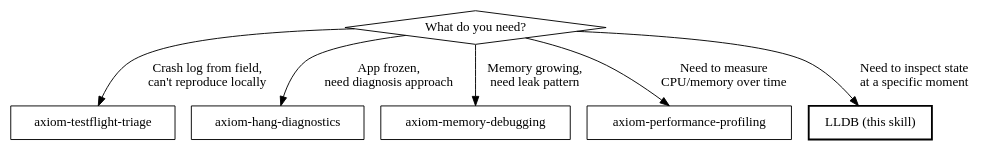
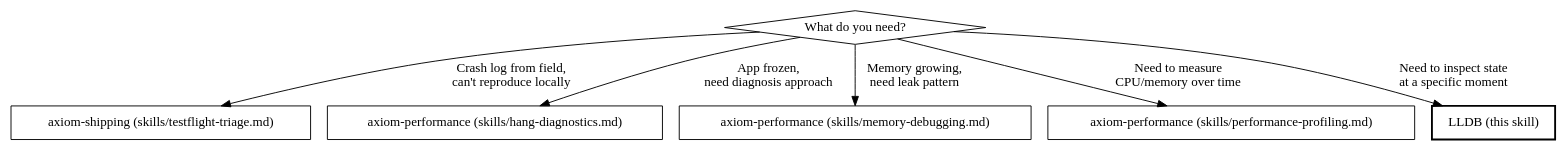
The diagram in .claude-plugin/plugins/axiom/skills/axiom-build/skills/lldb.md (CharlesWiltgen/Axiom), drawn with Graphviz before and after one commit. The commit also changed other lines of this file and 73 other files, not shown here.

````diff
--- a/.claude-plugin/plugins/axiom/skills/axiom-build/skills/lldb.md
+++ b/.claude-plugin/plugins/axiom/skills/axiom-build/skills/lldb.md
@@ -27,17 +27,17 @@
 ```dot
 digraph tool_selection {
     "What do you need?" [shape=diamond];
 
-    "axiom-testflight-triage" [shape=box];
-    "axiom-hang-diagnostics" [shape=box];
-    "axiom-memory-debugging" [shape=box];
-    "axiom-performance-profiling" [shape=box];
+    "axiom-shipping (skills/testflight-triage.md)" [shape=box];
+    "axiom-performance (skills/hang-diagnostics.md)" [shape=box];
+    "axiom-performance (skills/memory-debugging.md)" [shape=box];
+    "axiom-performance (skills/performance-profiling.md)" [shape=box];
     "LLDB (this skill)" [shape=box, style=bold];
 
-    "What do you need?" -> "axiom-testflight-triage" [label="Crash log from field,\ncan't reproduce locally"];
-    "What do you need?" -> "axiom-hang-diagnostics" [label="App frozen,\nneed diagnosis approach"];
-    "What do you need?" -> "axiom-memory-debugging" [label="Memory growing,\nneed leak pattern"];
-    "What do you need?" -> "axiom-performance-profiling" [label="Need to measure\nCPU/memory over time"];
+    "What do you need?" -> "axiom-shipping (skills/testflight-triage.md)" [label="Crash log from field,\ncan't reproduce locally"];
+    "What do you need?" -> "axiom-performance (skills/hang-diagnostics.md)" [label="App frozen,\nneed diagnosis approach"];
+    "What do you need?" -> "axiom-performance (skills/memory-debugging.md)" [label="Memory growing,\nneed leak pattern"];
+    "What do you need?" -> "axiom-performance (skills/performance-profiling.md)" [label="Need to measure\nCPU/memory over time"];
     "What do you need?" -> "LLDB (this skill)" [label="Need to inspect state\nat a specific moment"];
 }
 ```
````
